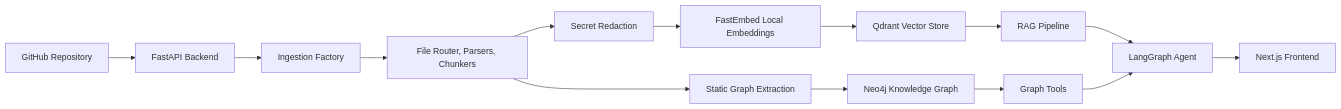
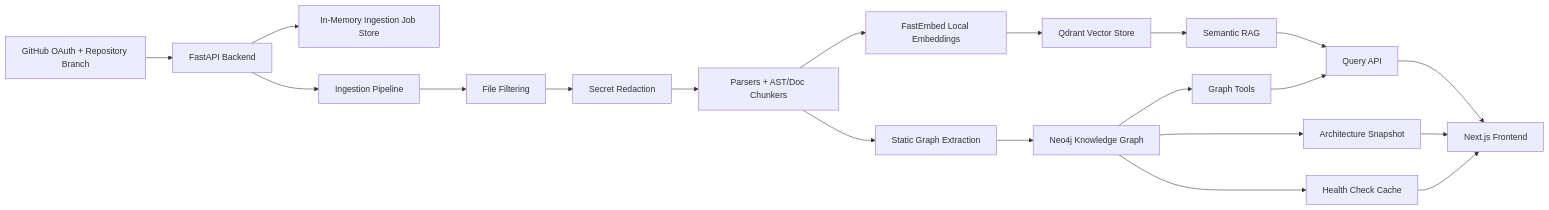
The diagram in README.md (sktmbtkr01/Cortex-GraphRAG-Code-Intelligence-Platform), drawn with Mermaid before and after one commit. The commit also changed other lines of this file and 24 other files, not shown here.

````diff
--- a/README.md
+++ b/README.md
@@ -25,16 +34,22 @@
 ```mermaid
 flowchart LR
-    GitHub["GitHub Repository"] --> API["FastAPI Backend"]
-    API --> Ingestion["Ingestion Factory"]
-    Ingestion --> Parser["File Router, Parsers, Chunkers"]
-    Parser --> Secrets["Secret Redaction"]
-    Secrets --> Embeddings["FastEmbed Local Embeddings"]
+    GitHub["GitHub OAuth + Repository Branch"] --> API["FastAPI Backend"]
+    API --> Jobs["In-Memory Ingestion Job Store"]
+    API --> Ingestion["Ingestion Pipeline"]
+    Ingestion --> Filter["File Filtering"]
+    Filter --> Redaction["Secret Redaction"]
+    Redaction --> Parsers["Parsers + AST/Doc Chunkers"]
+    Parsers --> Embeddings["FastEmbed Local Embeddings"]
     Embeddings --> Qdrant["Qdrant Vector Store"]
-    Parser --> StaticGraph["Static Graph Extraction"]
+    Parsers --> StaticGraph["Static Graph Extraction"]
     StaticGraph --> Neo4j["Neo4j Knowledge Graph"]
-    Qdrant --> RAG["RAG Pipeline"]
+    Qdrant --> RAG["Semantic RAG"]
     Neo4j --> Tools["Graph Tools"]
-    RAG --> Agent["LangGraph Agent"]
-    Tools --> Agent
-    Agent --> UI["Next.js Frontend"]
+    RAG --> QueryAPI["Query API"]
+    Tools --> QueryAPI
+    Neo4j --> Snapshot["Architecture Snapshot"]
+    Neo4j --> Health["Health Check Cache"]
+    QueryAPI --> UI["Next.js Frontend"]
+    Snapshot --> UI
+    Health --> UI
 ```
````
